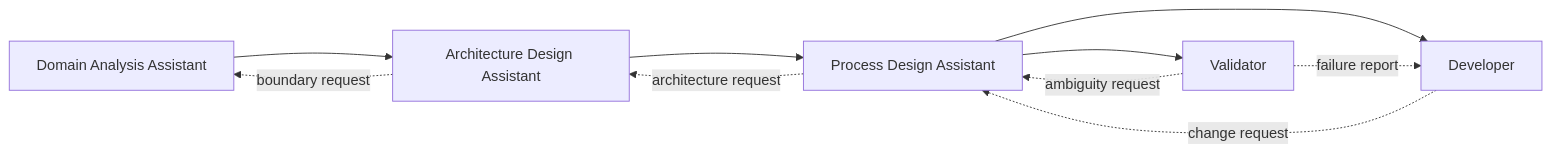
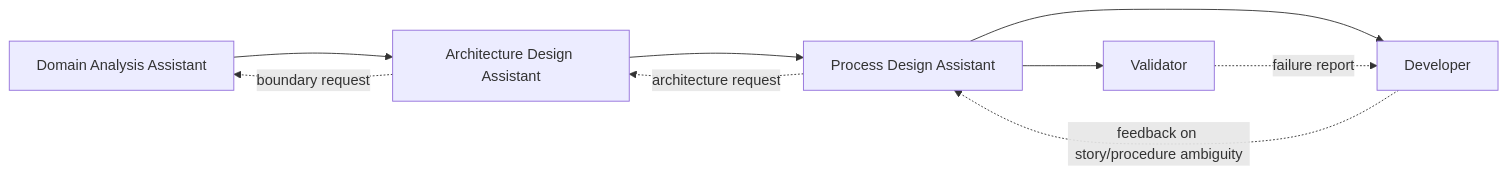
The second of 2 diagrams in README.md (Anddd7/domain-spec-agents), drawn with Mermaid before and after one commit. The commit also changed 1 other file, not shown here.

Commit message:
docs(workflow): clarify validation failure process
* Updated the workflow documentation to specify that the Validator raises a bug Change Request to the Developer first if validation fails.
* Added clarification that the Developer will raise an upstream Change Request if the root cause is ambiguous regarding the Story/procedure or missing architecture constraint.

````diff
--- a/README.md
+++ b/README.md
@@ -64,12 +64,11 @@
 ```mermaid
 flowchart LR
 		DA[Domain Analysis Assistant] --> AR[Architecture Design Assistant]
 		AR --> PDA[Process Design Assistant]
 		PDA --> DV[Developer]
 		PDA --> VD[Validator]
 		VD -. failure report .-> DV
-		DV -. change request .-> PDA
-		VD -. ambiguity request .-> PDA
+		DV -. feedback on story/procedure ambiguity .-> PDA
 		PDA -. architecture request .-> AR
 		AR -. boundary request .-> DA
 ```
````
